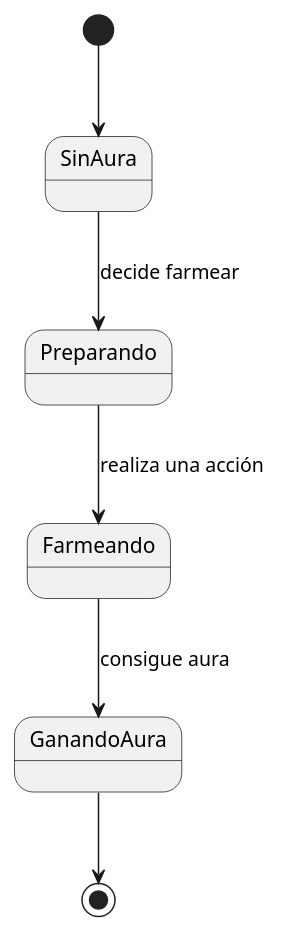
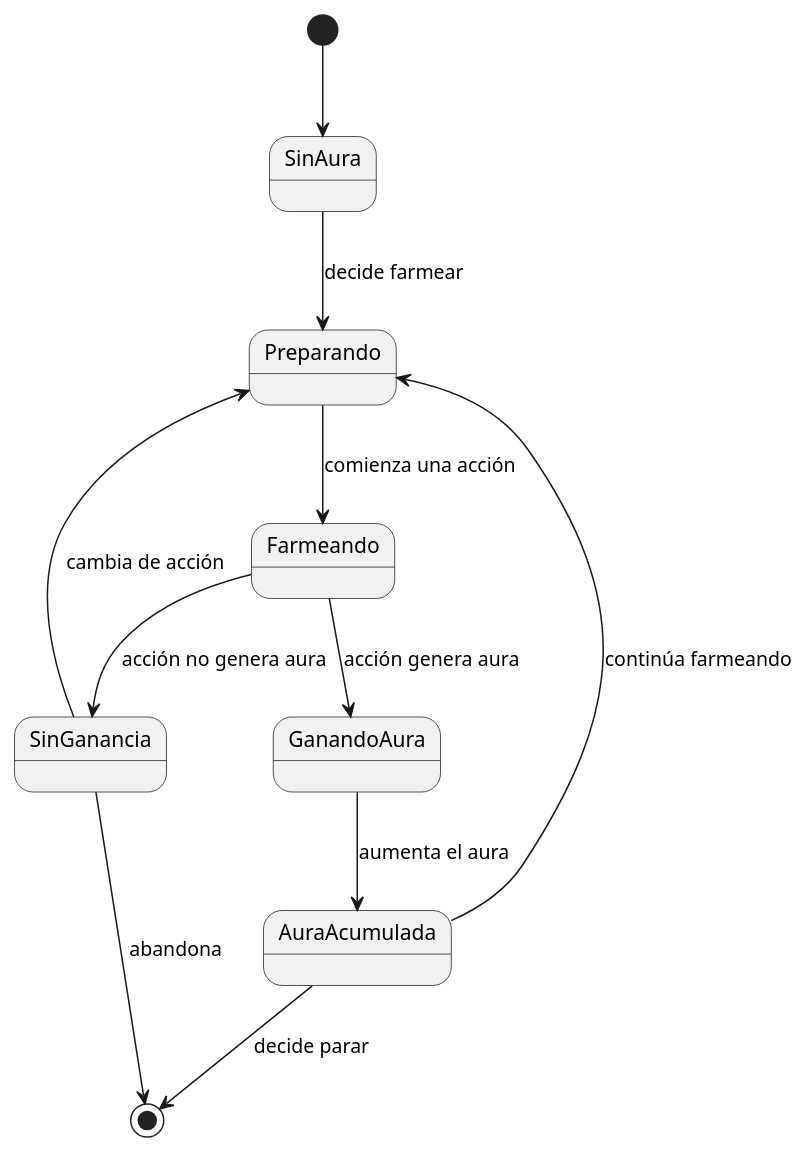
The diagram in entregas/pakVanessa/farmearAura_estados.puml (vanepakk/26-27-idsw1), drawn with PlantUML before and after one commit. The commit also changed 5 other files, not shown here.

```diff
--- a/entregas/pakVanessa/farmearAura_estados.puml
+++ b/entregas/pakVanessa/farmearAura_estados.puml
@@ -1,12 +1,22 @@
 @startuml
+
+hide circle
+hide empty members
 
 [*] --> SinAura
 
 SinAura --> Preparando : decide farmear
-Preparando --> Farmeando : realiza una acción
+Preparando --> Farmeando : comienza una acción
 
-Farmeando --> GanandoAura : consigue aura
+Farmeando --> GanandoAura : acción genera aura
+Farmeando --> SinGanancia : acción no genera aura
 
-GanandoAura --> [*]
+GanandoAura --> AuraAcumulada : aumenta el aura
+
+AuraAcumulada --> Preparando : continúa farmeando
+AuraAcumulada --> [*] : decide parar
+
+SinGanancia --> Preparando : cambia de acción
+SinGanancia --> [*] : abandona
 
 @enduml
```
